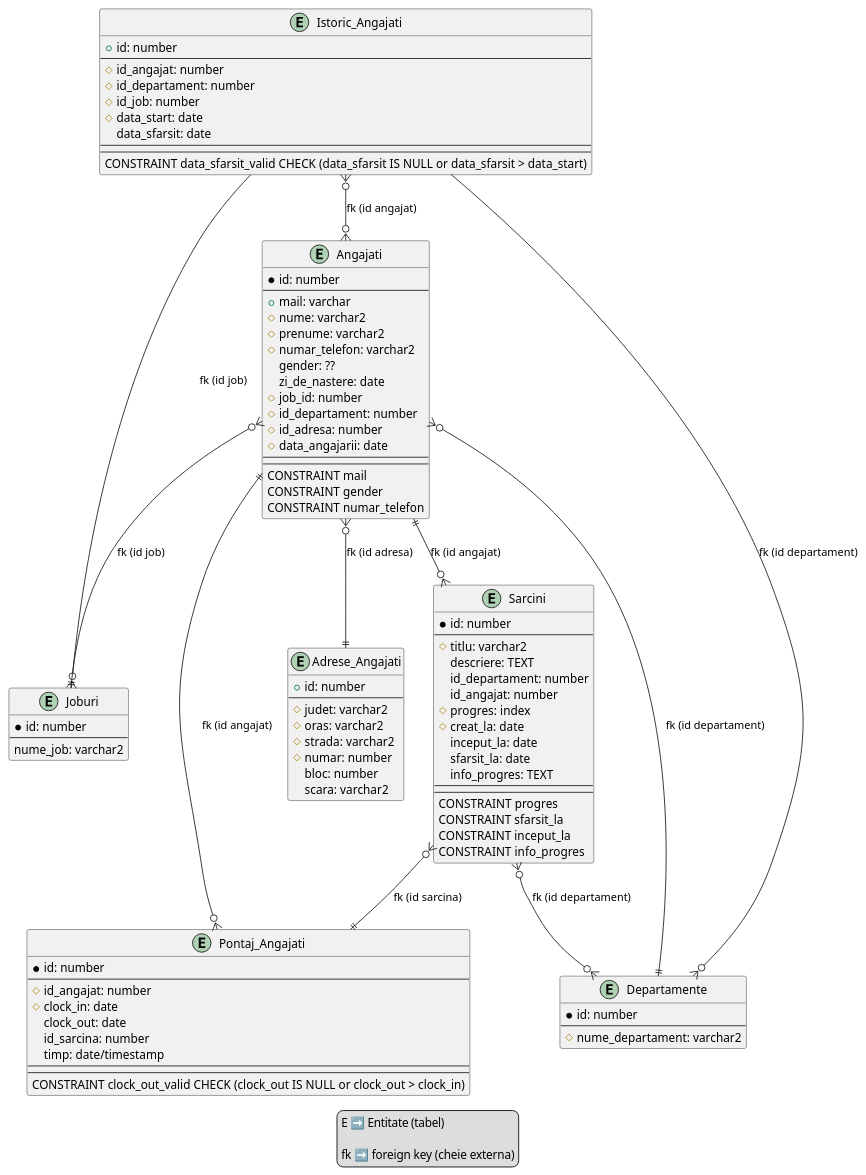
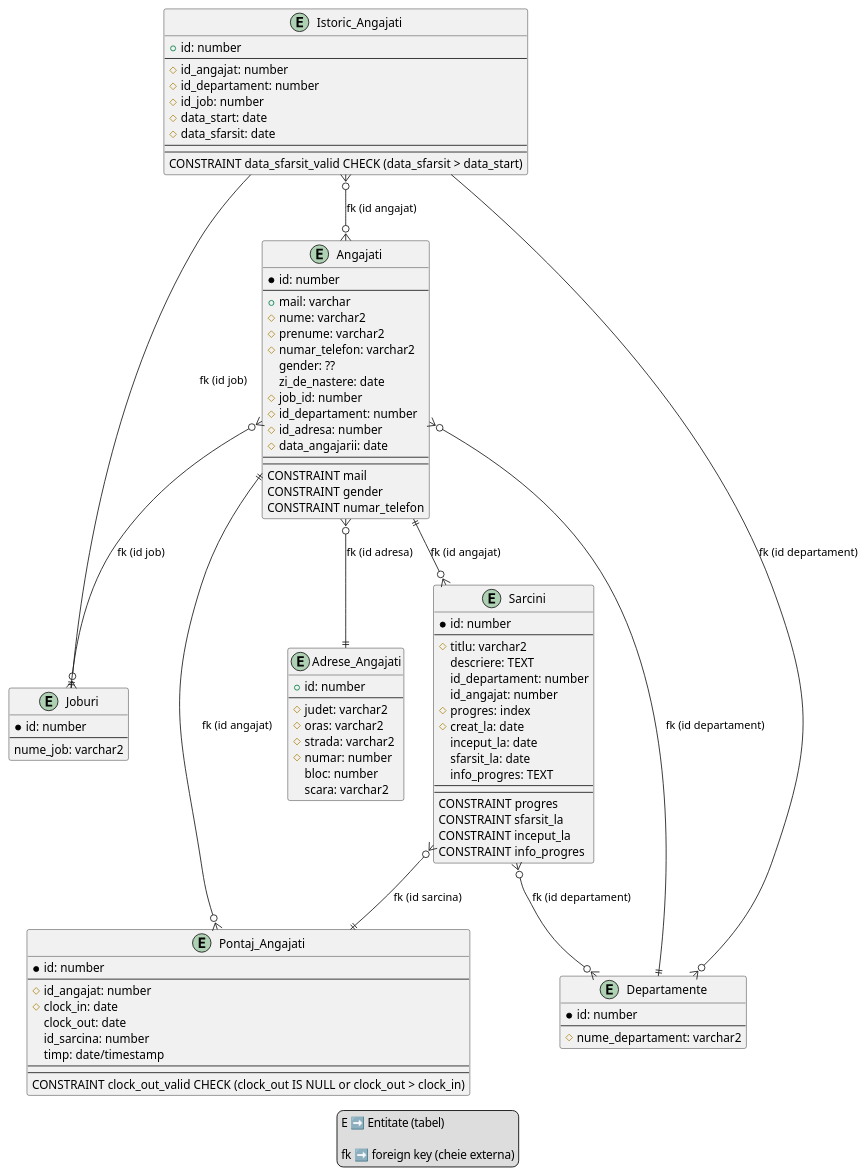
One commit to BalteiVasile/db-auto-service-project changed the diagram in diagrams/diagram.puml. Above: the diagram before and after it, drawn with PlantUML. The commit also changed 2 other files, not shown here.

Commit message:
Populare date

```diff
--- a/diagrams/diagram.puml
+++ b/diagrams/diagram.puml
@@ -1,116 +1,116 @@
 @startuml service_auto
 
 entity Angajati
 {
   *id: number
   --
   +mail: varchar
   #nume: varchar2
   #prenume: varchar2
   #numar_telefon: varchar2
   gender: ??
   zi_de_nastere: date
   #job_id: number
   #id_departament: number
   #id_adresa: number
   #data_angajarii: date
   --
   --
   CONSTRAINT mail
   CONSTRAINT gender
   CONSTRAINT numar_telefon
 }
 
 entity Joburi
 {
   *id: number
   --
   nume_job: varchar2
 }
 
 entity Departamente
 {
   *id: number
   --
   #nume_departament: varchar2
 }
 
 entity Sarcini
 {
   *id: number
   --
   #titlu: varchar2
   descriere: TEXT
   id_departament: number
   id_angajat: number
   #progres: index
   #creat_la: date
   inceput_la: date
   sfarsit_la: date
   info_progres: TEXT
   --
   --
   CONSTRAINT progres
   CONSTRAINT sfarsit_la
   CONSTRAINT inceput_la
   CONSTRAINT info_progres
 }
 
 entity Pontaj_Angajati
 {
   *id: number
   --
   #id_angajat: number
   #clock_in: date
   clock_out: date
   id_sarcina: number
   timp: date/timestamp
   --
   --
   CONSTRAINT clock_out_valid CHECK (clock_out IS NULL or clock_out > clock_in)
 }
 
 entity Adrese_Angajati
 {
   +id: number
   --
   #judet: varchar2
   #oras: varchar2
   #strada: varchar2
   #numar: number
   bloc: number
   scara: varchar2
 }
 
 entity Istoric_Angajati
 {
   +id: number
   --
   #id_angajat: number
   #id_departament: number
   #id_job: number
   #data_start: date
-  data_sfarsit: date
+  #data_sfarsit: date
   --
   --
-  CONSTRAINT data_sfarsit_valid CHECK (data_sfarsit IS NULL or data_sfarsit > data_start)
+  CONSTRAINT data_sfarsit_valid CHECK (data_sfarsit > data_start)
 }
 
 Angajati }o--|| Joburi: "fk (id job)"
 Angajati }o--|| Adrese_Angajati: "fk (id adresa)"
 Angajati }o--|| Departamente: "fk (id departament)"
 Angajati ||--o{ Pontaj_Angajati: "fk (id angajat)"
 Angajati ||--o{ Sarcini: "fk (id angajat)"
 Sarcini  }o--o{ Departamente: "fk (id departament)"
 Sarcini  }o--|| Pontaj_Angajati: "fk (id sarcina)"
 Istoric_Angajati --o{ Joburi: "fk (id job)"
 Istoric_Angajati --o{ Departamente: "fk (id departament)"
 Istoric_Angajati }o--o{ Angajati: "fk (id angajat)"
 
 legend
   E ➡️ Entitate (tabel)
 
   fk ➡️ foreign key (cheie externa)
 endlegend
 
 @enduml
```
